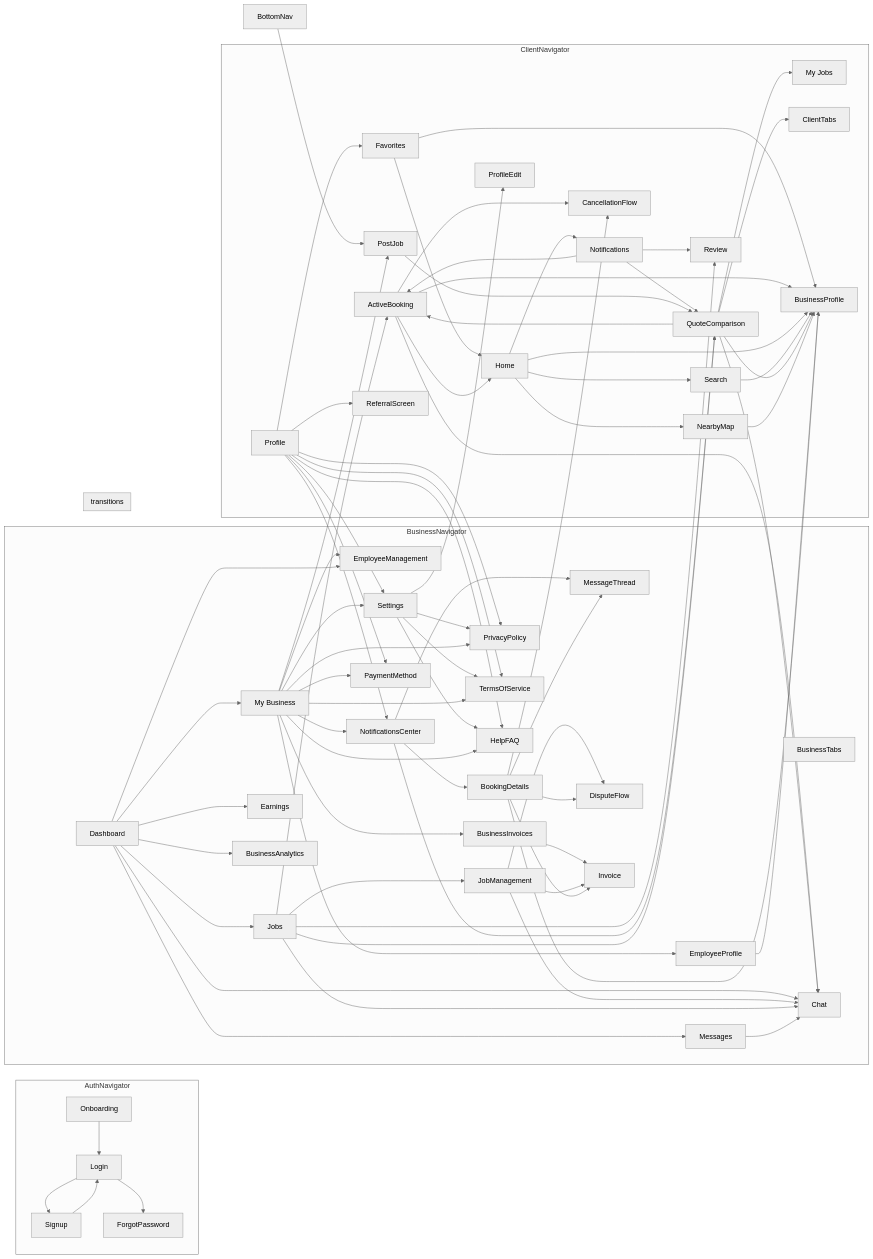
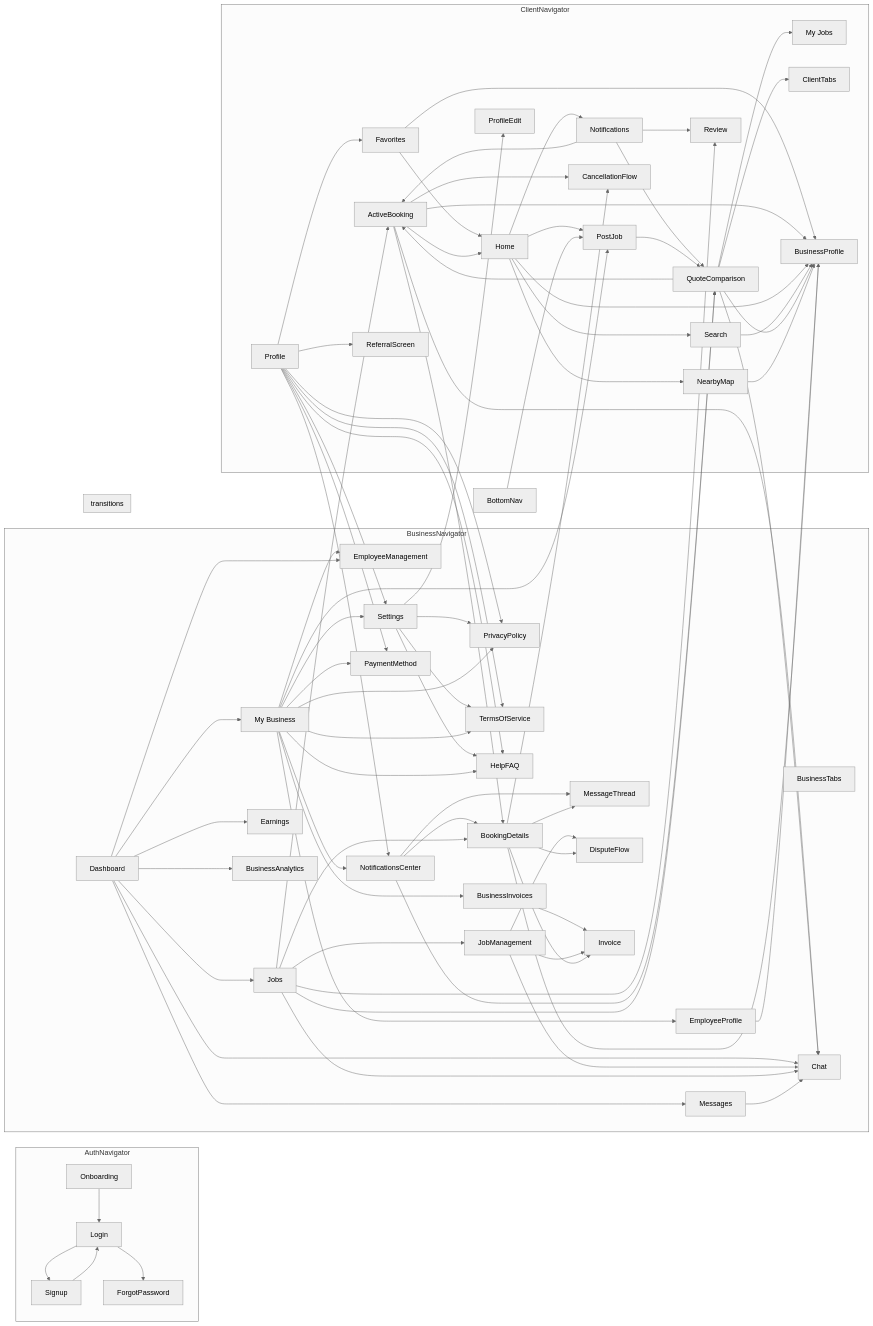
One commit to 4alkubati/SWINGBY changed the diagram in docs/FLOW_GRAPH.md. Above: the diagram before and after it, drawn with Mermaid (neutral theme). The commit also changed other lines of this file and 26 other files, not shown here.

First line of the commit message:
feat(uber): Phase UBER — Uber-flow P0s, confirm-date handshake, browse-first Home, General catch-all

```diff
--- a/docs/FLOW_GRAPH.md
+++ b/docs/FLOW_GRAPH.md
@@ -121,7 +121,9 @@
   ActiveBooking --> Home
   ActiveBooking --> BusinessProfile
   ActiveBooking --> Chat
+  ActiveBooking --> BookingDetails
   ActiveBooking --> CancellationFlow
+  Home --> PostJob
   Home --> Notifications
   Home --> Search
   Home --> NearbyMap
@@ -130,6 +132,7 @@
   Jobs --> JobManagement
   Jobs --> QuoteComparison
   Jobs --> Chat
+  Jobs --> BookingDetails
   Jobs --> Review
   Search --> BusinessProfile
   QuoteComparison --> ActiveBooking
```
